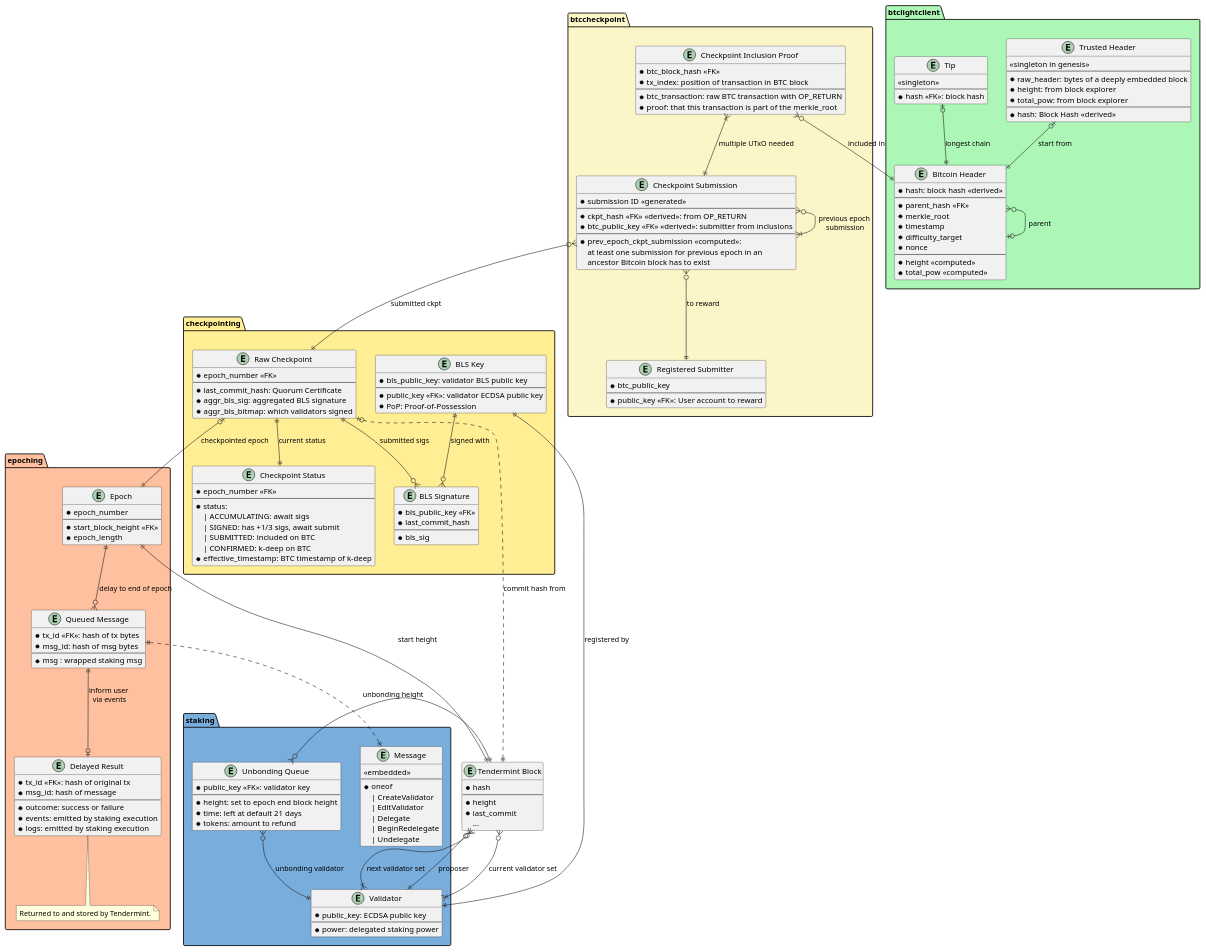
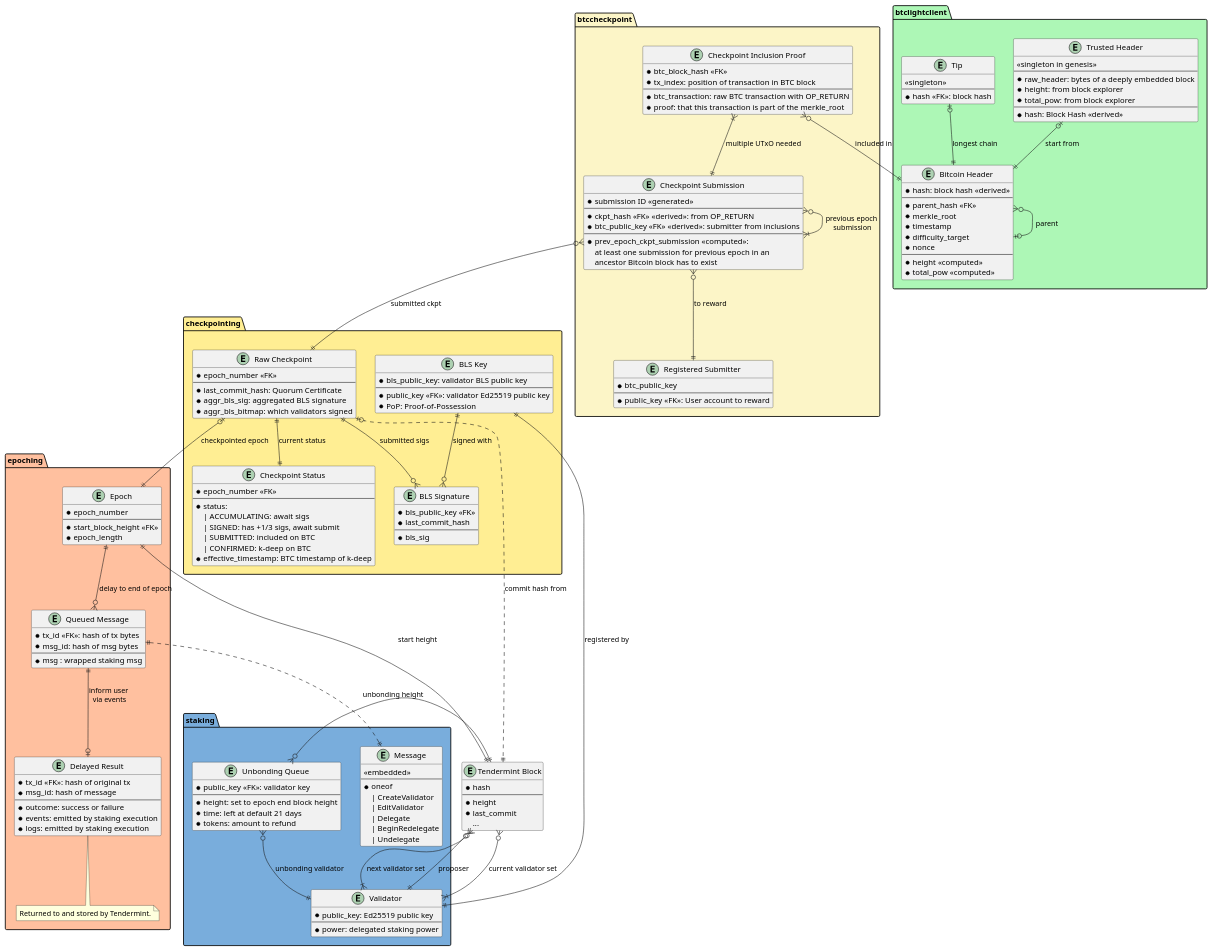
One commit to babylonchain/babylon changed the diagram in docs/diagrams/database_schema.puml. Above: the diagram before and after it, drawn with PlantUML. The commit also changed 1 other file, not shown here.

```diff
--- a/docs/diagrams/database_schema.puml
+++ b/docs/diagrams/database_schema.puml
@@ -2,190 +2,190 @@
 @startuml Database Schema
 
 entity "Tendermint Block" as block {
   * hash
   --
   * height
   * last_commit
   ...
 }
 
 package "staking" #79ADDC {
   entity "Message" as staking_msg {
     <<embedded>>
     --
     * oneof
     | CreateValidator
     | EditValidator
     | Delegate
     | BeginRedelegate
     | Undelegate
   }
 
   entity "Validator" as validator {
-    * public_key: ECDSA public key
+    * public_key: Ed25519 public key
     --
     * power: delegated staking power
   }
 
   entity "Unbonding Queue" as unbonding_queue {
     * public_key <<FK>>: validator key
     --
     * height: set to epoch end block height
     * time: left at default 21 days
     * tokens: amount to refund
   }
 }
 
 package "epoching" #FFC09F {
   entity "Epoch" as epoch {
     * epoch_number
     --
     * start_block_height <<FK>>
     * epoch_length
   }
   entity "Queued Message" as queued_msg {
     * tx_id <<FK>>: hash of tx bytes
     * msg_id: hash of msg bytes
     --
     * msg : wrapped staking msg
   }
   entity "Delayed Result" as delayed_result {
     * tx_id <<FK>>: hash of original tx
     * msg_id: hash of message
     --
     * outcome: success or failure
     * events: emitted by staking execution
     * logs: emitted by staking execution
   }
   note bottom
     Returned to and stored by Tendermint.
   end note
 }
 
 
 package "checkpointing" #FFEE93 {
   entity "Raw Checkpoint" as raw_ckpt {
     * epoch_number <<FK>>
     --
     * last_commit_hash: Quorum Certificate
     * aggr_bls_sig: aggregated BLS signature
     * aggr_bls_bitmap: which validators signed
   }
 
   entity "Checkpoint Status" as ckpt_status {
     * epoch_number <<FK>>
     --
     * status:
       | ACCUMULATING: await sigs
       | SIGNED: has +1/3 sigs, await submit
       | SUBMITTED: included on BTC
       | CONFIRMED: k-deep on BTC
     * effective_timestamp: BTC timestamp of k-deep
   }
 
   entity "BLS Key" as bls_key {
     * bls_public_key: validator BLS public key
     --
-    * public_key <<FK>>: validator ECDSA public key
+    * public_key <<FK>>: validator Ed25519 public key
     * PoP: Proof-of-Possession
   }
 
   entity "BLS Signature" as bls_sig {
     * bls_public_key <<FK>>
     * last_commit_hash
     --
     * bls_sig
   }
 }
 
 package "btccheckpoint" #FCF5C7 {
   entity "Registered Submitter" as ckpt_submitter {
     * btc_public_key
     --
     * public_key <<FK>>: User account to reward
   }
 
   entity "Checkpoint Submission" as ckpt_submission {
     * submission ID <<generated>>
     --
     * ckpt_hash <<FK>> <<derived>>: from OP_RETURN
     * btc_public_key <<FK>> <<derived>>: submitter from inclusions
     --
     * prev_epoch_ckpt_submission <<computed>>:
       at least one submission for previous epoch in an
       ancestor Bitcoin block has to exist
   }
 
   entity "Checkpoint Inclusion Proof" as ckpt_inclusion {
     * btc_block_hash <<FK>>
     * tx_index: position of transaction in BTC block
     --
     * btc_transaction: raw BTC transaction with OP_RETURN
     * proof: that this transaction is part of the merkle_root
   }
 }
 
 package "btclightclient" #ADF7B6 {
   entity "Bitcoin Header" as btc_header {
     * hash: block hash <<derived>>
     --
     * parent_hash <<FK>>
     * merkle_root
     * timestamp
     * difficulty_target
     * nonce
     --
     * height <<computed>>
     * total_pow <<computed>>
   }
 
   entity "Trusted Header" as btc_trusted {
     <<singleton in genesis>>
     --
     * raw_header: bytes of a deeply embedded block
     * height: from block explorer
     * total_pow: from block explorer
     --
     * hash: Block Hash <<derived>>
   }
 
   entity "Tip" as btc_tip {
     <<singleton>>
     --
     * hash <<FK>>: block hash
   }
 }
 
 block }o--|{ validator : current validator set
 block }o--|{ validator : next validator set
 block }o--|| validator : proposer
 
 epoch ||--o{ queued_msg : delay to end of epoch
 epoch ||--|| block : start height
 
 queued_msg ||..|| staking_msg
 queued_msg ||--o| delayed_result : inform user \nvia events
 
 unbonding_queue }o--|| block : unbonding height
 unbonding_queue }o--|| validator : unbonding validator
 
 raw_ckpt |o--|| epoch : checkpointed epoch
 raw_ckpt |o..|| block : commit hash from
 raw_ckpt ||--|| ckpt_status : current status
 raw_ckpt ||--o{ bls_sig : submitted sigs
 
 bls_key ||--o{ bls_sig : signed with
 bls_key ||--|| validator : registered by
 
 ckpt_submission }o--|| raw_ckpt : submitted ckpt
 ckpt_submission }o--|| ckpt_submitter : to reward
 ckpt_submission }o--|{ ckpt_submission : previous epoch\n submission
 
 ckpt_inclusion }|--|| ckpt_submission : multiple UTxO needed
 ckpt_inclusion }o--|| btc_header : included in
 
 btc_header }o--o| btc_header : parent
 btc_trusted |o--|| btc_header : start from
 btc_tip |o--|| btc_header: longest chain
 
 @enduml
```
